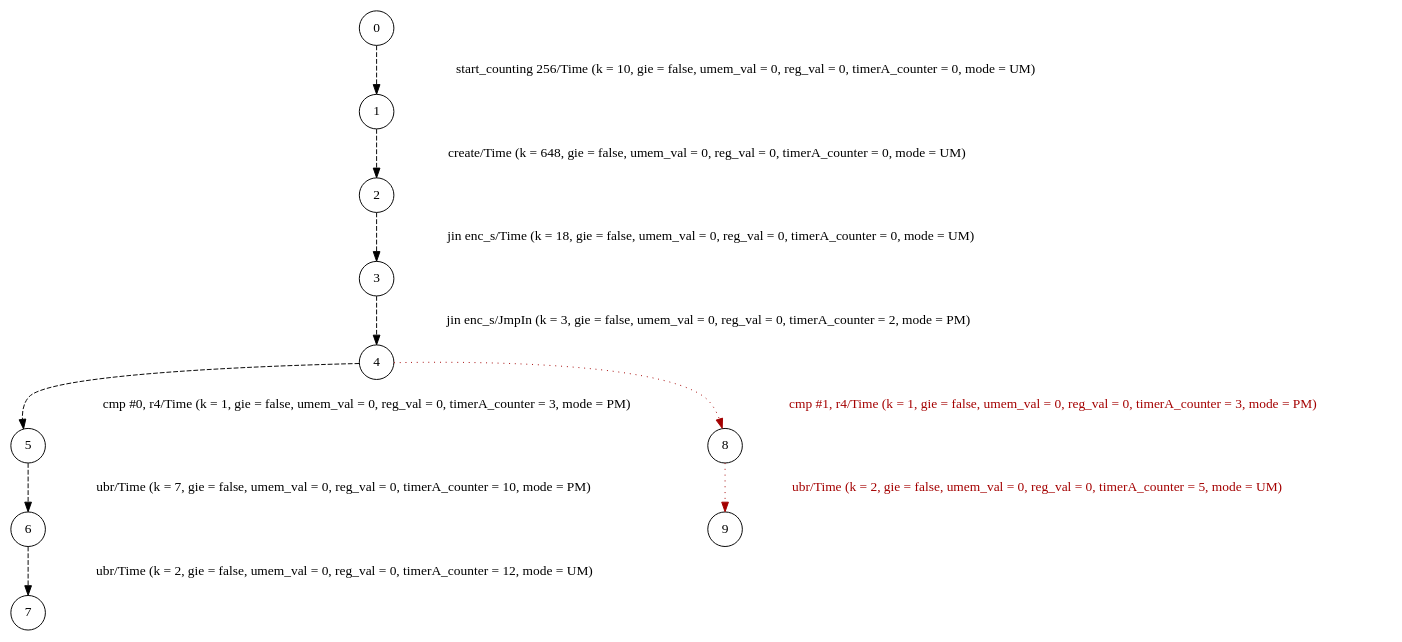
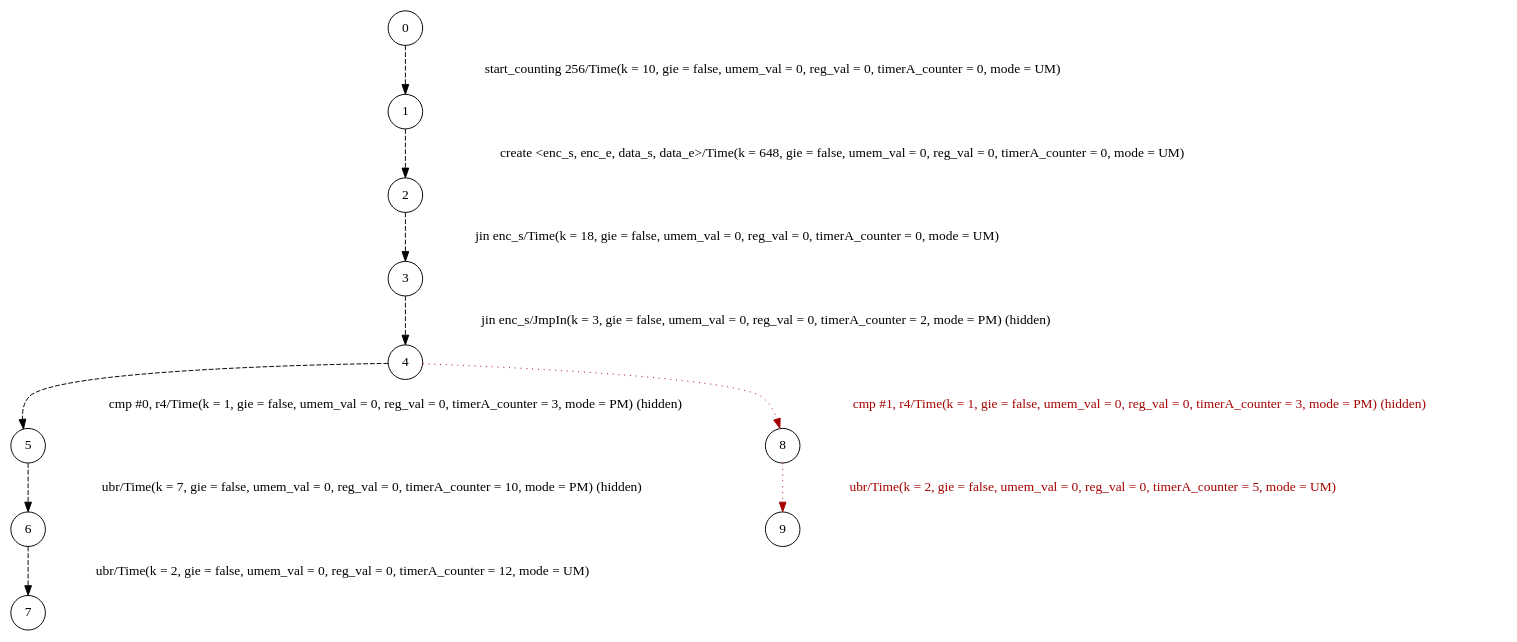
Before and after one commit to unive-alvie/alvie: the diagram in counterexamples/example/bf89c0b-attacker_int.dot, drawn with Graphviz. The commit also changed 47 other files, not shown here.

```diff
--- a/counterexamples/example/bf89c0b-attacker_int.dot
+++ b/counterexamples/example/bf89c0b-attacker_int.dot
@@ -1,42 +1,42 @@
 digraph G {
   0 [shape=circle, ];
   1 [shape=circle, ];
   2 [shape=circle, ];
   3 [shape=circle, ];
   4 [shape=circle, ];
   5 [shape=circle, ];
   6 [shape=circle, ];
   7 [shape=circle, ];
   8 [shape=circle, ];
   9 [shape=circle, ];
   
   
   0 -> 1 [fontcolor="#000000", color="#000000",
-          label="start_counting 256/Time (k = 10, gie = false, umem_val = 0, reg_val = 0, timerA_counter = 0, mode = UM)",
+          label="start_counting 256/Time(k = 10, gie = false, umem_val = 0, reg_val = 0, timerA_counter = 0, mode = UM)",
           style="dashed", ];
   1 -> 2 [fontcolor="#000000", color="#000000",
-          label="create/Time (k = 648, gie = false, umem_val = 0, reg_val = 0, timerA_counter = 0, mode = UM)",
+          label="create <enc_s, enc_e, data_s, data_e>/Time(k = 648, gie = false, umem_val = 0, reg_val = 0, timerA_counter = 0, mode = UM)",
           style="dashed", ];
   2 -> 3 [fontcolor="#000000", color="#000000",
-          label="jin enc_s/Time (k = 18, gie = false, umem_val = 0, reg_val = 0, timerA_counter = 0, mode = UM)",
+          label="jin enc_s/Time(k = 18, gie = false, umem_val = 0, reg_val = 0, timerA_counter = 0, mode = UM)",
           style="dashed", ];
   3 -> 4 [fontcolor="#000000", color="#000000",
-          label="jin enc_s/JmpIn (k = 3, gie = false, umem_val = 0, reg_val = 0, timerA_counter = 2, mode = PM)",
+          label="jin enc_s/JmpIn(k = 3, gie = false, umem_val = 0, reg_val = 0, timerA_counter = 2, mode = PM) (hidden)",
           style="dashed", ];
   4 -> 5 [fontcolor="#000000", color="#000000",
-          label="cmp #0, r4/Time (k = 1, gie = false, umem_val = 0, reg_val = 0, timerA_counter = 3, mode = PM)",
+          label="cmp #0, r4/Time(k = 1, gie = false, umem_val = 0, reg_val = 0, timerA_counter = 3, mode = PM) (hidden)",
           style="dashed", ];
   4 -> 8 [fontcolor="#A40000", color="#A40000",
-          label="cmp #1, r4/Time (k = 1, gie = false, umem_val = 0, reg_val = 0, timerA_counter = 3, mode = PM)",
+          label="cmp #1, r4/Time(k = 1, gie = false, umem_val = 0, reg_val = 0, timerA_counter = 3, mode = PM) (hidden)",
           style="dotted", ];
   5 -> 6 [fontcolor="#000000", color="#000000",
-          label="ubr/Time (k = 7, gie = false, umem_val = 0, reg_val = 0, timerA_counter = 10, mode = PM)",
+          label="ubr/Time(k = 7, gie = false, umem_val = 0, reg_val = 0, timerA_counter = 10, mode = PM) (hidden)",
           style="dashed", ];
   6 -> 7 [fontcolor="#000000", color="#000000",
-          label="ubr/Time (k = 2, gie = false, umem_val = 0, reg_val = 0, timerA_counter = 12, mode = UM)",
+          label="ubr/Time(k = 2, gie = false, umem_val = 0, reg_val = 0, timerA_counter = 12, mode = UM)",
           style="dashed", ];
   8 -> 9 [fontcolor="#A40000", color="#A40000",
-          label="ubr/Time (k = 2, gie = false, umem_val = 0, reg_val = 0, timerA_counter = 5, mode = UM)",
+          label="ubr/Time(k = 2, gie = false, umem_val = 0, reg_val = 0, timerA_counter = 5, mode = UM)",
           style="dotted", ];
   
   }
```
